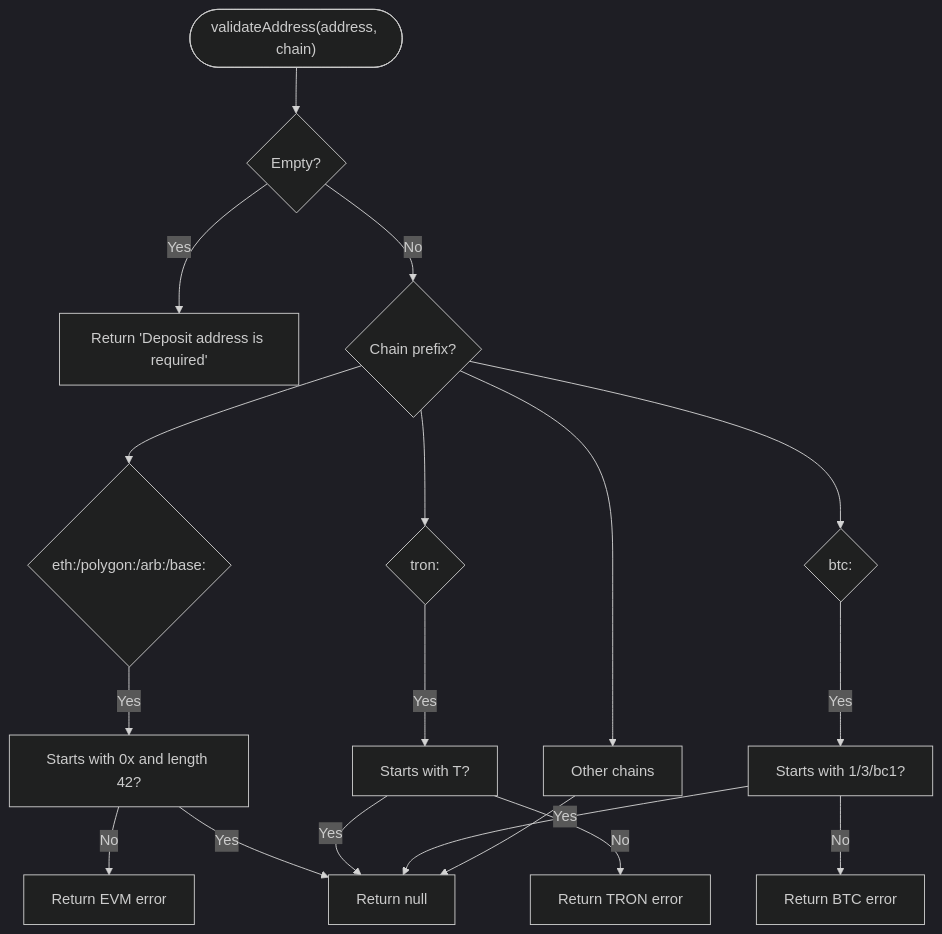
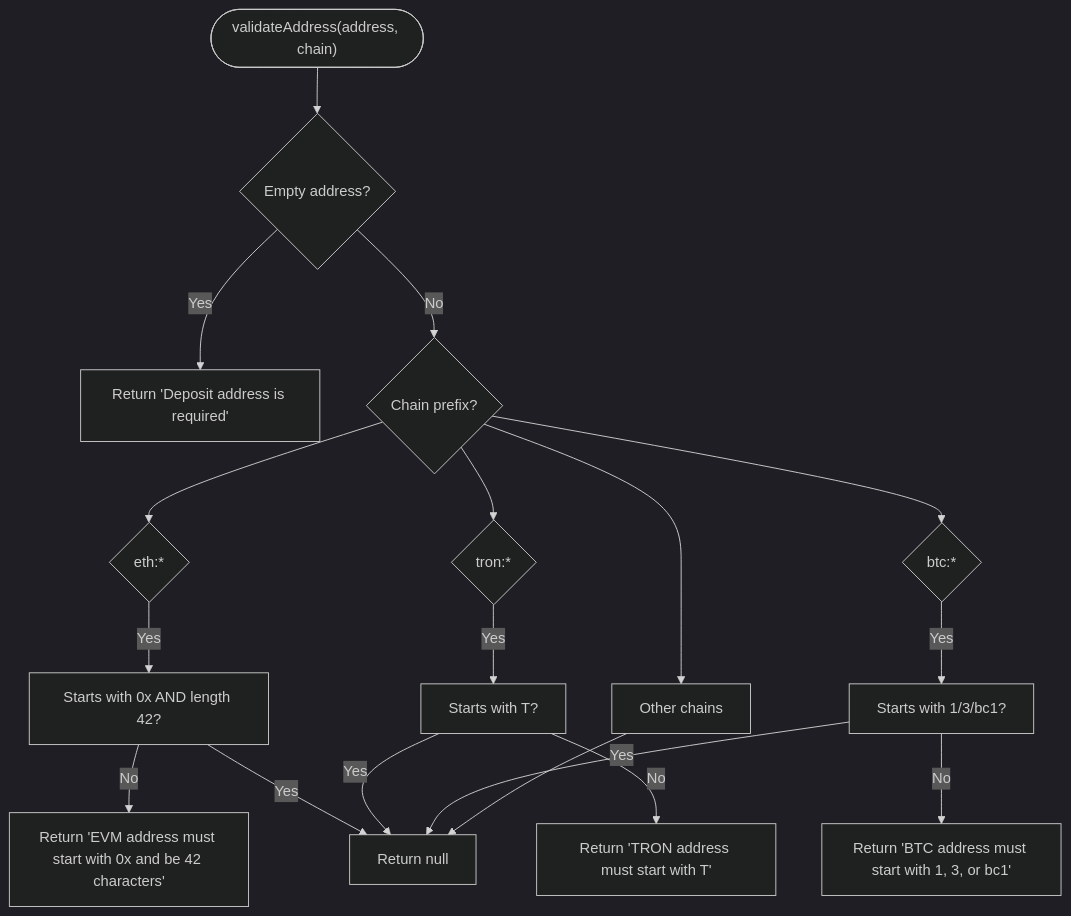
One commit to KaranMakani/deposit-fixer changed the fifth of 6 diagrams in .qoder/repowiki/en/content/Development Guide.md. Above: the diagram before and after it, drawn with Mermaid (dark theme). The commit also changed other lines of this file and 10 other files, not shown here.

````diff
--- a/.qoder/repowiki/en/content/Development Guide.md
+++ b/.qoder/repowiki/en/content/Development Guide.md
@@ -213,19 +265,19 @@
 ```mermaid
 flowchart TD
-In(["validateAddress(address, chain)"]) --> CheckEmpty{"Empty?"}
+In(["validateAddress(address, chain)"]) --> CheckEmpty{"Empty address?"}
 CheckEmpty --> |Yes| ErrEmpty["Return 'Deposit address is required'"]
 CheckEmpty --> |No| CheckPrefix{"Chain prefix?"}
-CheckPrefix --> EVM{"eth:/polygon:/arb:/base:"}
-EVM --> |Yes| CheckEVM["Starts with 0x and length 42?"]
-CheckEVM --> |No| ErrEVM["Return EVM error"]
+CheckPrefix --> EVM{"eth:*"}
+EVM --> |Yes| CheckEVM["Starts with 0x AND length 42?"]
+CheckEVM --> |No| ErrEVM["Return 'EVM address must start with 0x and be 42 characters'"]
 CheckEVM --> |Yes| Ok["Return null"]
-CheckPrefix --> TRON{"tron:"}
+CheckPrefix --> TRON{"tron:*"}
 TRON --> |Yes| CheckTron["Starts with T?"]
-CheckTron --> |No| ErrTron["Return TRON error"]
+CheckTron --> |No| ErrTron["Return 'TRON address must start with T'"]
 CheckTron --> |Yes| Ok
-CheckPrefix --> BTC{"btc:"}
+CheckPrefix --> BTC{"btc:*"}
 BTC --> |Yes| CheckBtc["Starts with 1/3/bc1?"]
-CheckBtc --> |No| ErrBtc["Return BTC error"]
+CheckBtc --> |No| ErrBtc["Return 'BTC address must start with 1, 3, or bc1'"]
 CheckBtc --> |Yes| Ok
 CheckPrefix --> Other["Other chains"] --> Ok
 ```
````
